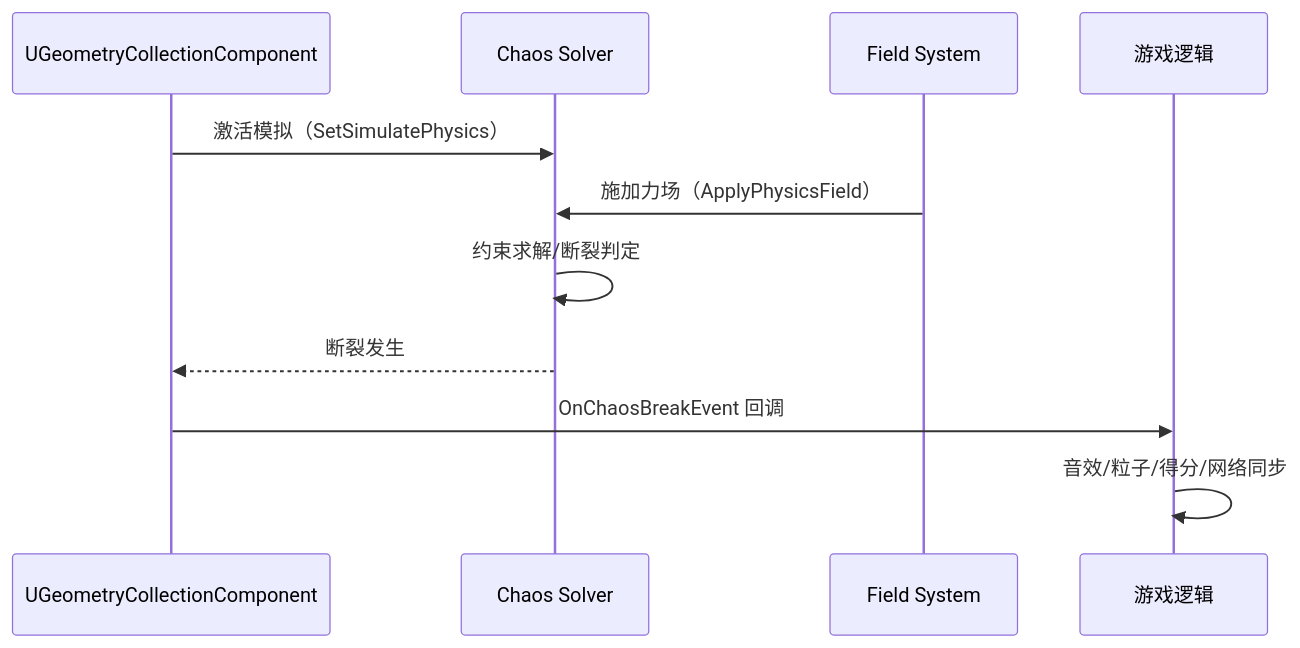
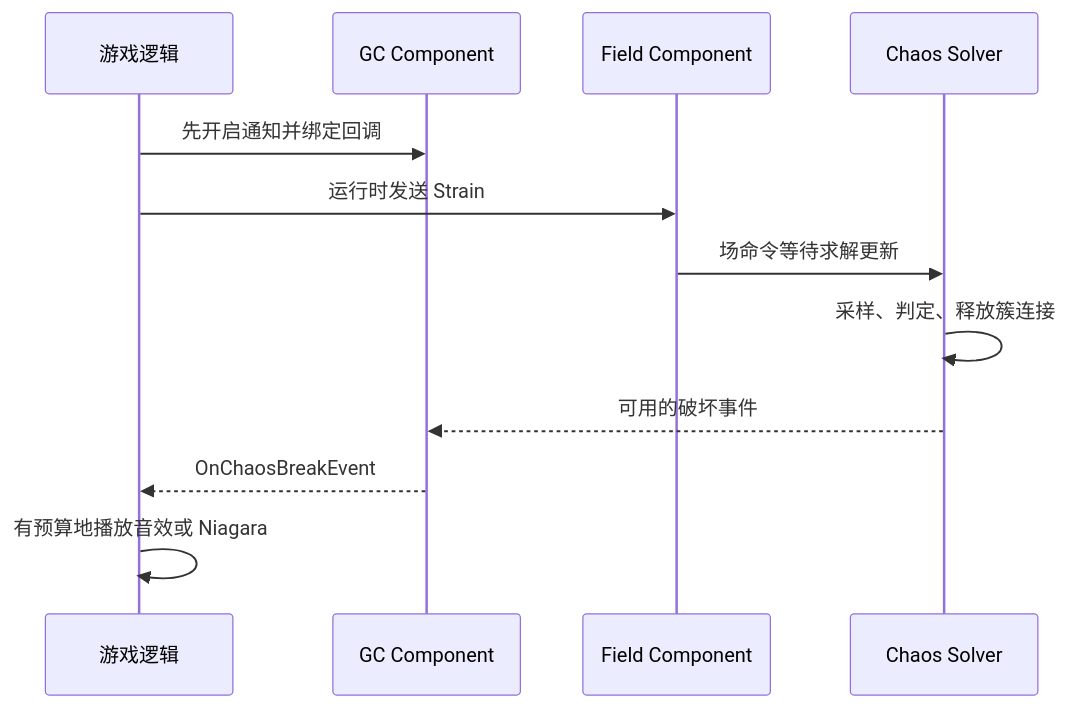
One commit to fantuan812/learning changed the second of 3 diagrams in 知识/04-图形动画与物理仿真/物理求解与动力学/05-Chaos破坏系统与Field.md. Above: the diagram before and after it, drawn with Mermaid. The commit also changed other lines of this file and 2 other files, not shown here.

````diff
--- a/知识/04-图形动画与物理仿真/物理求解与动力学/05-Chaos破坏系统与Field.md
+++ b/知识/04-图形动画与物理仿真/物理求解与动力学/05-Chaos破坏系统与Field.md
@@ -81,13 +229,14 @@
 ```mermaid
 sequenceDiagram
-    participant C as UGeometryCollectionComponent
+    participant G as 游戏逻辑
+    participant C as GC Component
+    participant F as Field Component
     participant S as Chaos Solver
-    participant F as Field System
-    participant G as 游戏逻辑
-    C->>S: 激活模拟（SetSimulatePhysics）
-    F->>S: 施加力场（ApplyPhysicsField）
-    S->>S: 约束求解/断裂判定
-    S-->>C: 断裂发生
-    C->>G: OnChaosBreakEvent 回调
-    G->>G: 音效/粒子/得分/网络同步
+    G->>C: 先开启通知并绑定回调
+    G->>F: 运行时发送 Strain
+    F->>S: 场命令等待求解更新
+    S->>S: 采样、判定、释放簇连接
+    S-->>C: 可用的破坏事件
+    C-->>G: OnChaosBreakEvent
+    G->>G: 有预算地播放音效或 Niagara
 ```
````
